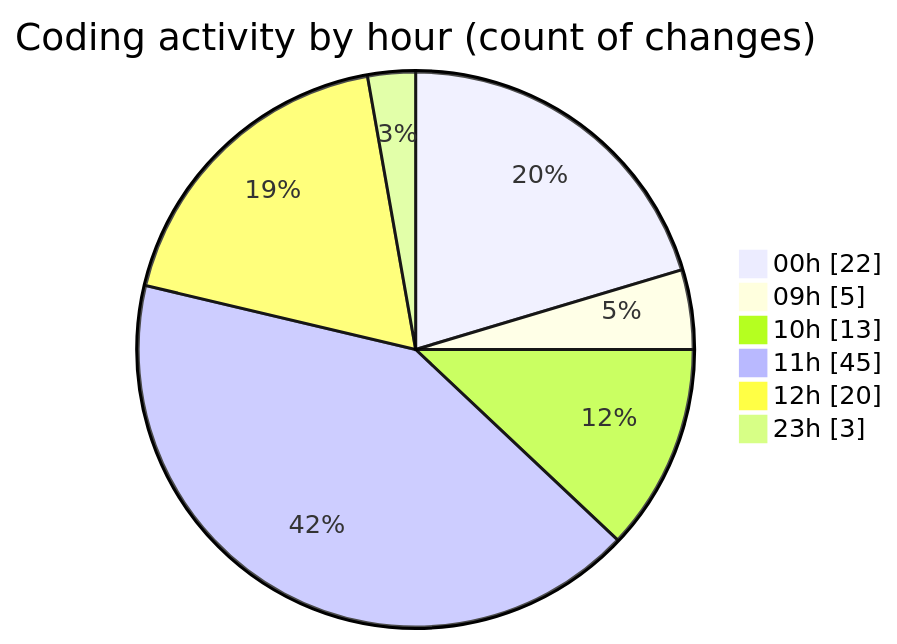
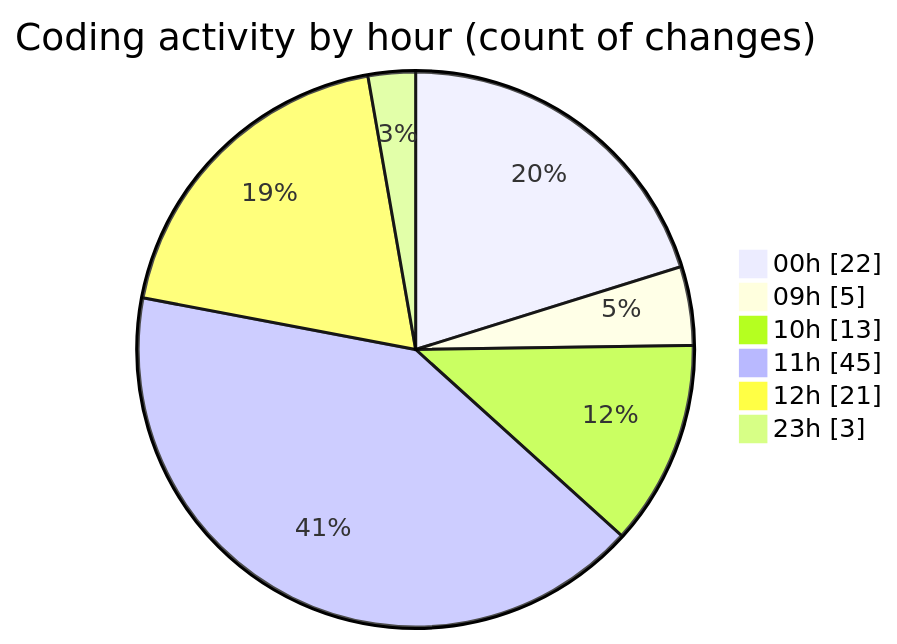
Before and after one commit to momahboobian/code-tracking: the second of 2 diagrams in 2026-04-10/cda/README.md, drawn with Mermaid. The commit also changed other lines of this file and 1 other file, not shown here.

````diff
--- a/2026-04-10/cda/README.md
+++ b/2026-04-10/cda/README.md
@@ -31,10 +31,10 @@
 ```mermaid
 pie showData
 title Coding activity by hour (count of changes)
 "00h" : 22
 "09h" : 5
 "10h" : 13
 "11h" : 45
-"12h" : 20
+"12h" : 21
 "23h" : 3
 ```
````
